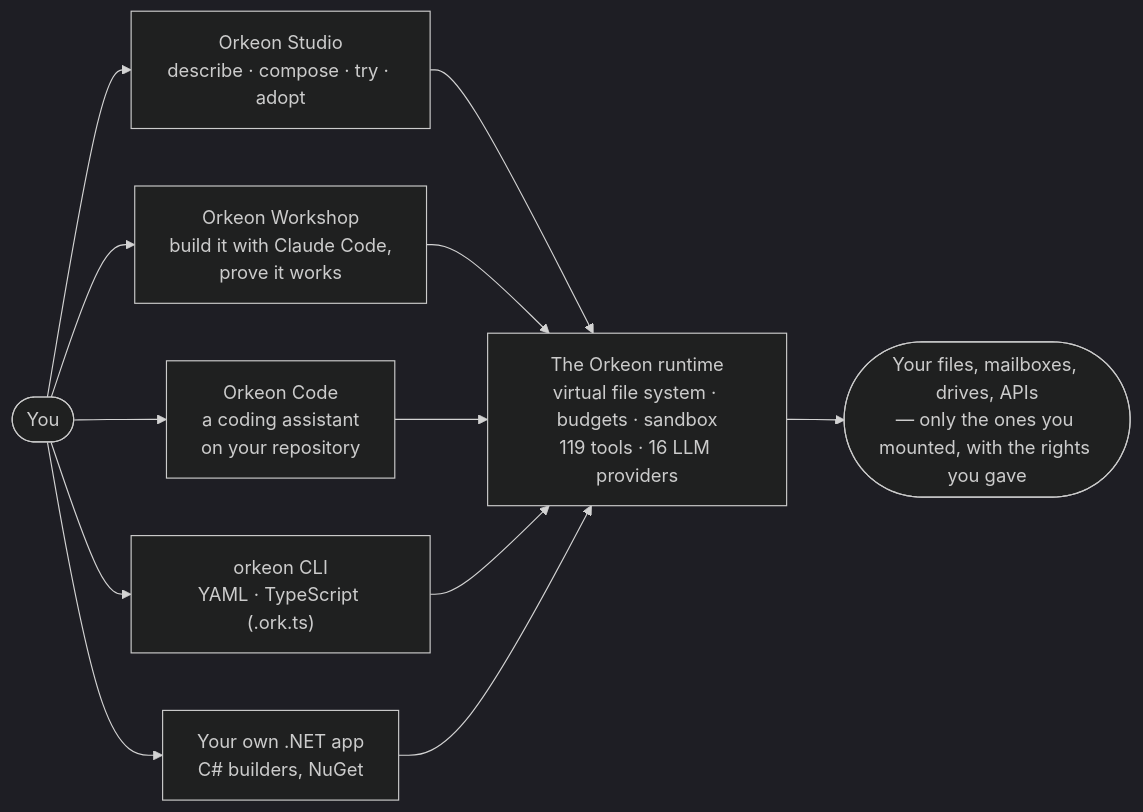
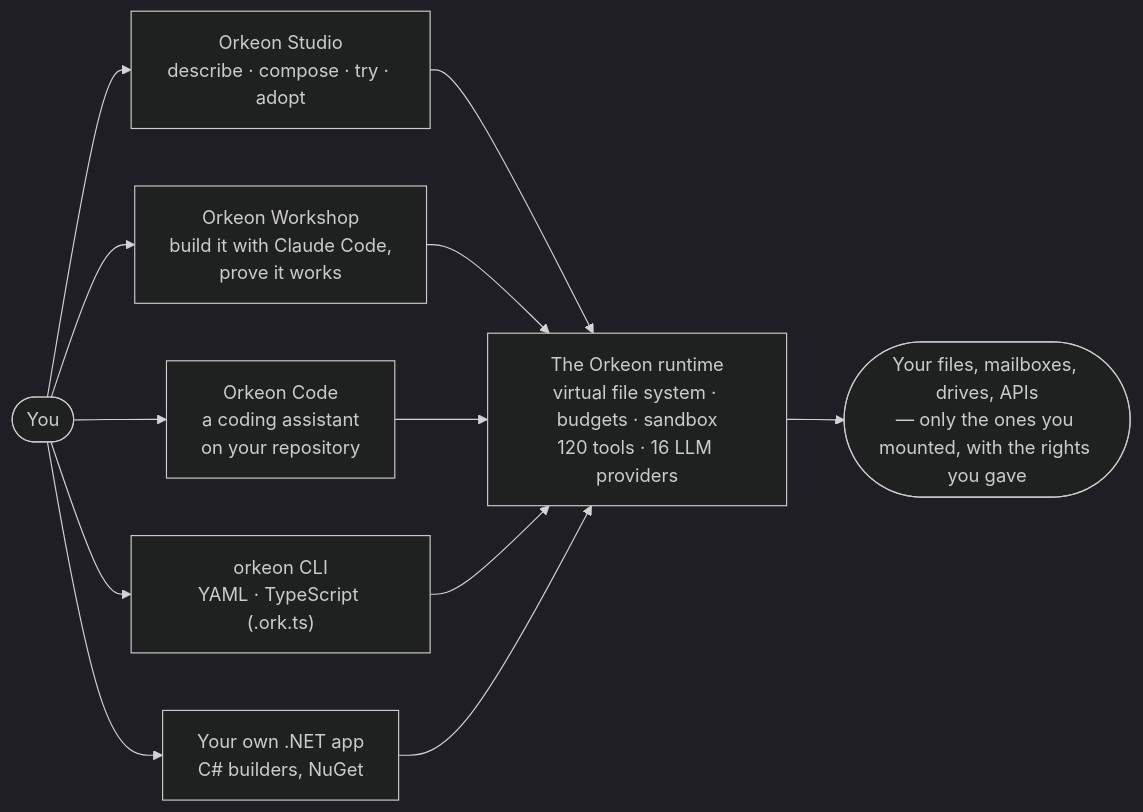
Before and after one commit to Orkeon/orkeon: the diagram in README.md, drawn with Mermaid (dark theme). The commit also changed other lines of this file and 189 other files, not shown here.

````diff
--- a/README.md
+++ b/README.md
@@ -30,10 +30,10 @@
 ```mermaid
 flowchart LR
     you(["You"]) --> studio["Orkeon Studio<br/>describe · compose · try · adopt"]
     you --> workshop["Orkeon Workshop<br/>build it with Claude Code,<br/>prove it works"]
     you --> code["Orkeon Code<br/>a coding assistant<br/>on your repository"]
     you --> cli["orkeon CLI<br/>YAML · TypeScript (.ork.ts)"]
     you --> app["Your own .NET app<br/>C# builders, NuGet"]
-    studio & workshop & code & cli & app --> runtime["The Orkeon runtime<br/>virtual file system · budgets · sandbox<br/>119 tools · 16 LLM providers"]
+    studio & workshop & code & cli & app --> runtime["The Orkeon runtime<br/>virtual file system · budgets · sandbox<br/>120 tools · 16 LLM providers"]
     runtime --> world(["Your files, mailboxes, drives, APIs<br/>— only the ones you mounted, with the rights you gave"])
 ```
````
